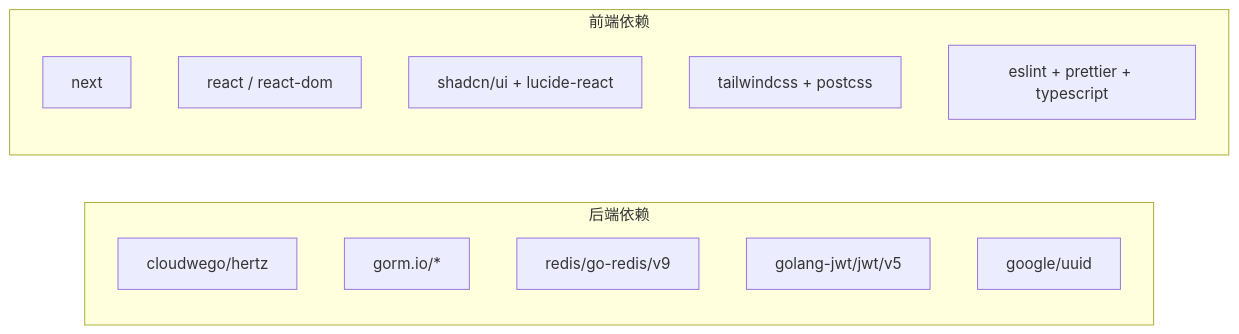
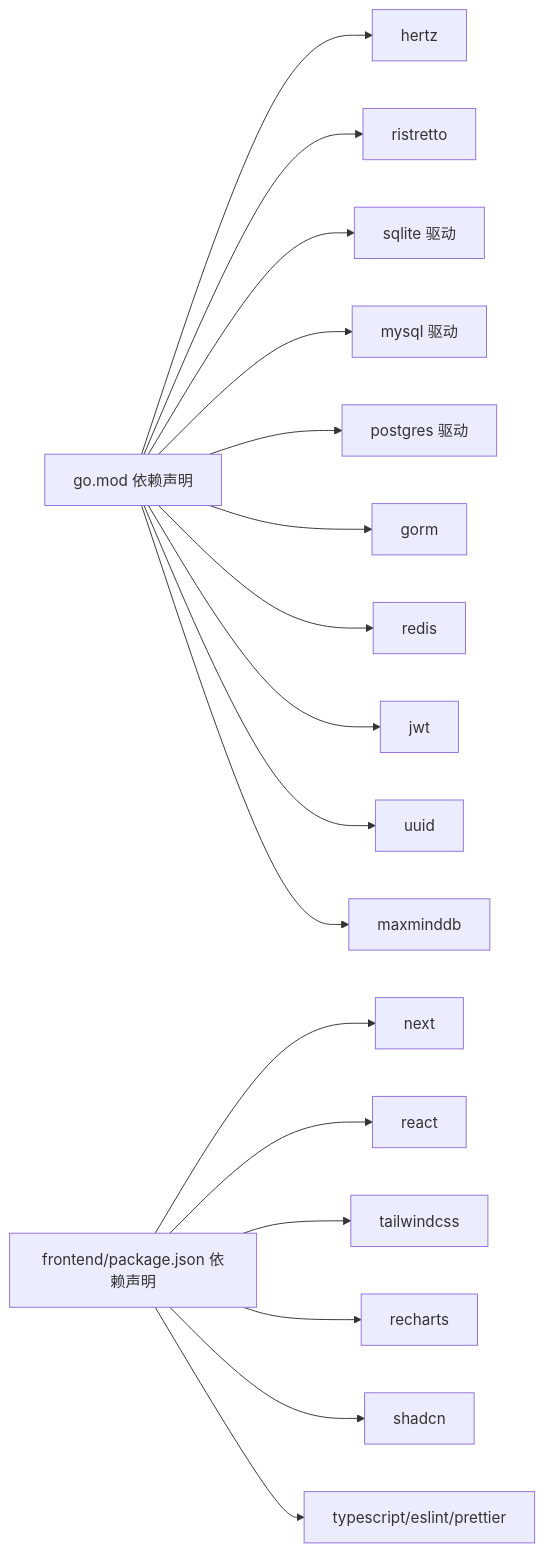
The fifth of 5 diagrams in docs/开发者指南.md (x01n/My-OpenWaf), drawn with Mermaid before and after one commit. The commit also changed other lines of this file and 199 other files, not shown here.

````diff
--- a/docs/开发者指南.md
+++ b/docs/开发者指南.md
@@ -310,17 +275,21 @@
 ```mermaid
 graph LR
-subgraph "后端依赖"
-Hertz["cloudwego/hertz"]
-GORM["gorm.io/*"]
-Redis["redis/go-redis/v9"]
-JWT["golang-jwt/jwt/v5"]
-UUID["google/uuid"]
-end
-subgraph "前端依赖"
-Next["next"]
-React["react / react-dom"]
-UI["shadcn/ui + lucide-react"]
-Tailwind["tailwindcss + postcss"]
-Lint["eslint + prettier + typescript"]
-end
+GO_MOD["go.mod 依赖声明"]
+NEXT_PKG["frontend/package.json 依赖声明"]
+GO_MOD --> HERTZ["hertz"]
+GO_MOD --> RISTRETTO["ristretto"]
+GO_MOD --> SQLITE["sqlite 驱动"]
+GO_MOD --> MYSQL["mysql 驱动"]
+GO_MOD --> PG["postgres 驱动"]
+GO_MOD --> GORM["gorm"]
+GO_MOD --> REDIS["redis"]
+GO_MOD --> JWT["jwt"]
+GO_MOD --> UUID["uuid"]
+GO_MOD --> GEO["maxminddb"]
+NEXT_PKG --> NEXT["next"]
+NEXT_PKG --> REACT["react"]
+NEXT_PKG --> TAILWIND["tailwindcss"]
+NEXT_PKG --> RECHARTS["recharts"]
+NEXT_PKG --> SHADCN["shadcn"]
+NEXT_PKG --> TYPES["typescript/eslint/prettier"]
 ```
````
